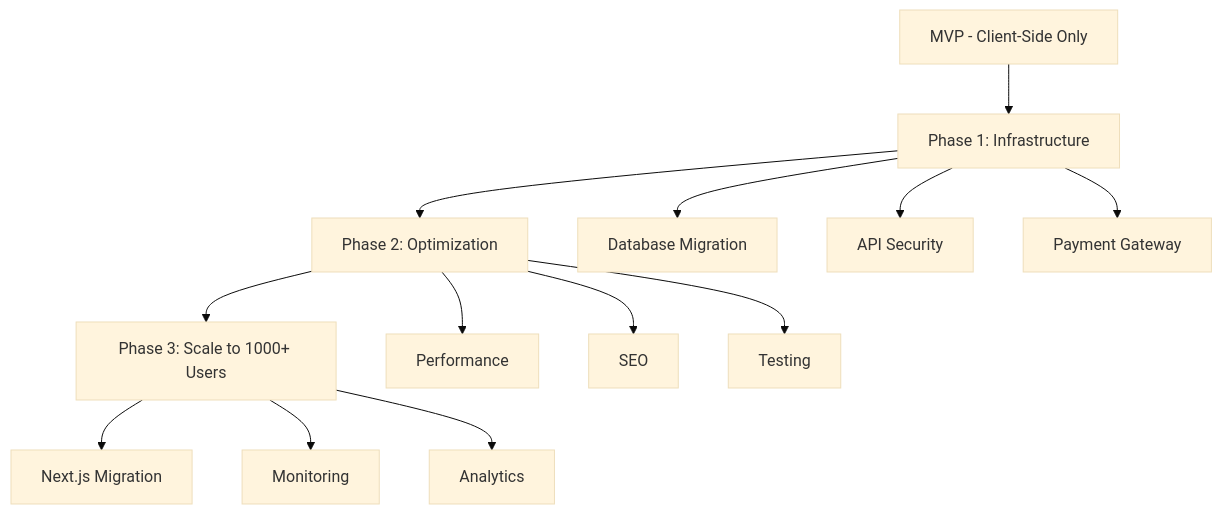
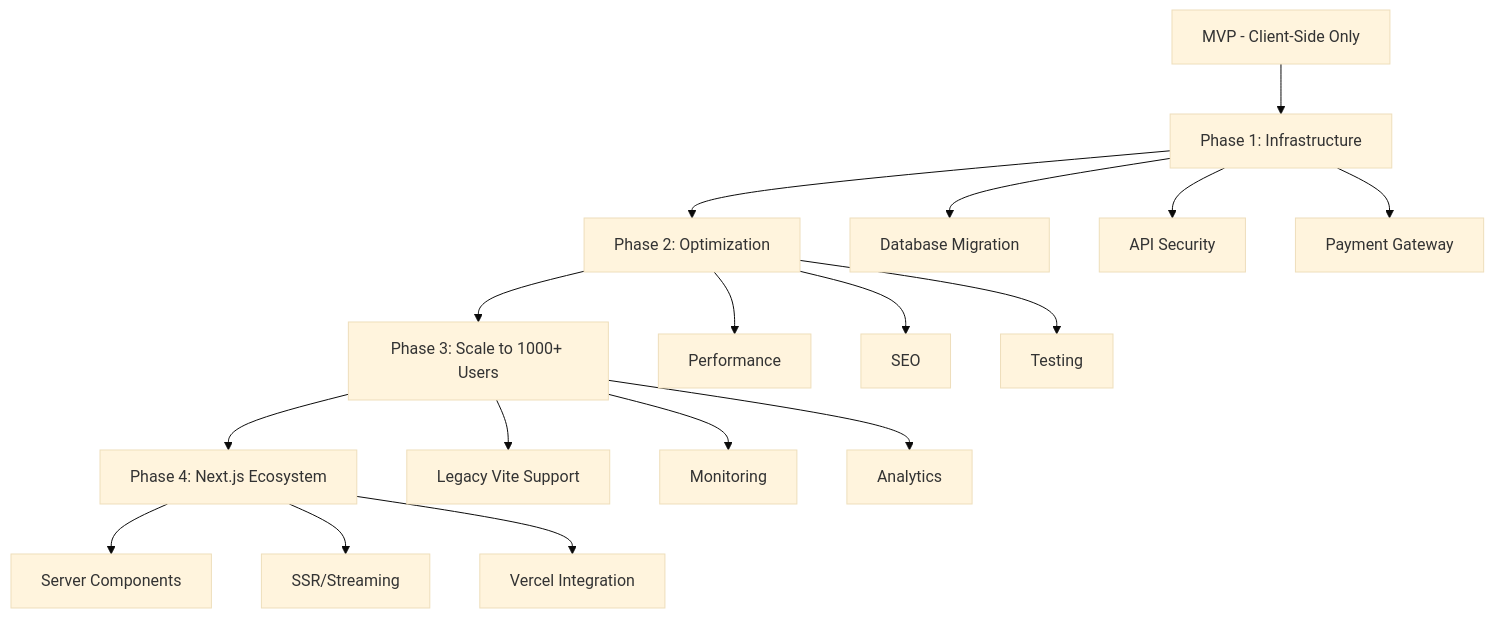
The diagram in MANA_MEMORY.md (hakamian/manapalm), drawn with Mermaid (base theme) before and after one commit. The commit also changed other lines of this file and 32 other files, not shown here.

````diff
--- a/MANA_MEMORY.md
+++ b/MANA_MEMORY.md
@@ -115,18 +123,23 @@
 ```mermaid
 graph TD
     A[MVP - Client-Side Only] --> B[Phase 1: Infrastructure]
     B --> C[Phase 2: Optimization]
     C --> D[Phase 3: Scale to 1000+ Users]
+    D --> E[Phase 4: Next.js Ecosystem]
     
     B --> B1[Database Migration]
     B --> B2[API Security]
     B --> B3[Payment Gateway]
     
     C --> C1[Performance]
     C --> C2[SEO]
     C --> C3[Testing]
     
-    D --> D1[Next.js Migration]
+    D --> D1[Legacy Vite Support]
     D --> D2[Monitoring]
     D --> D3[Analytics]
+
+    E --> E1[Server Components]
+    E --> E2[SSR/Streaming]
+    E --> E3[Vercel Integration]
 ```
````
